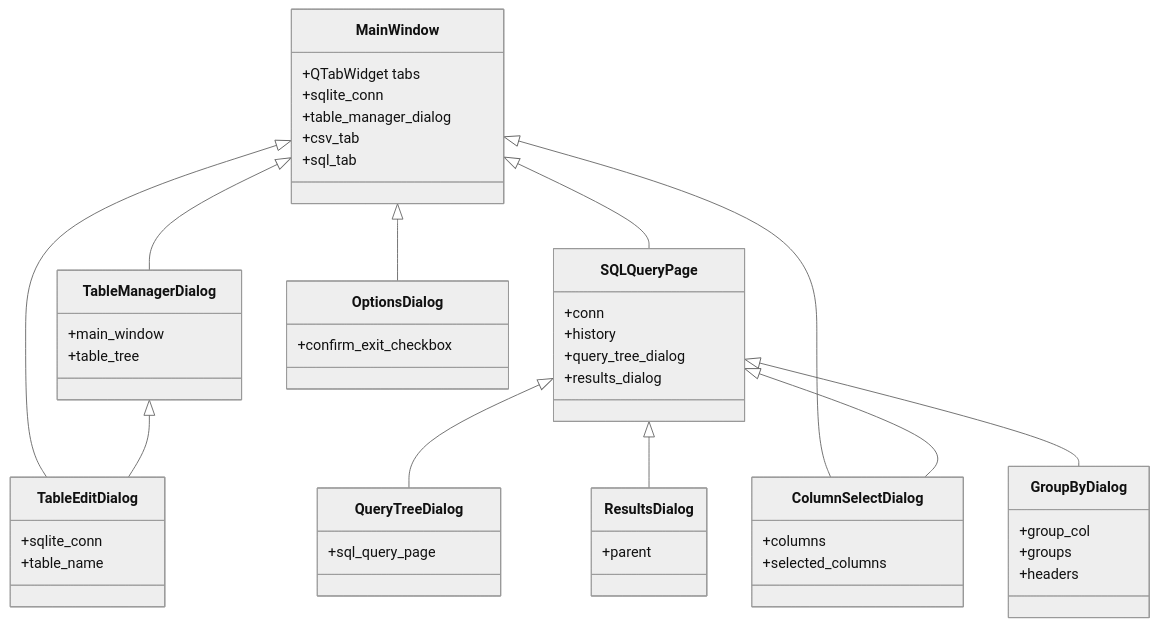
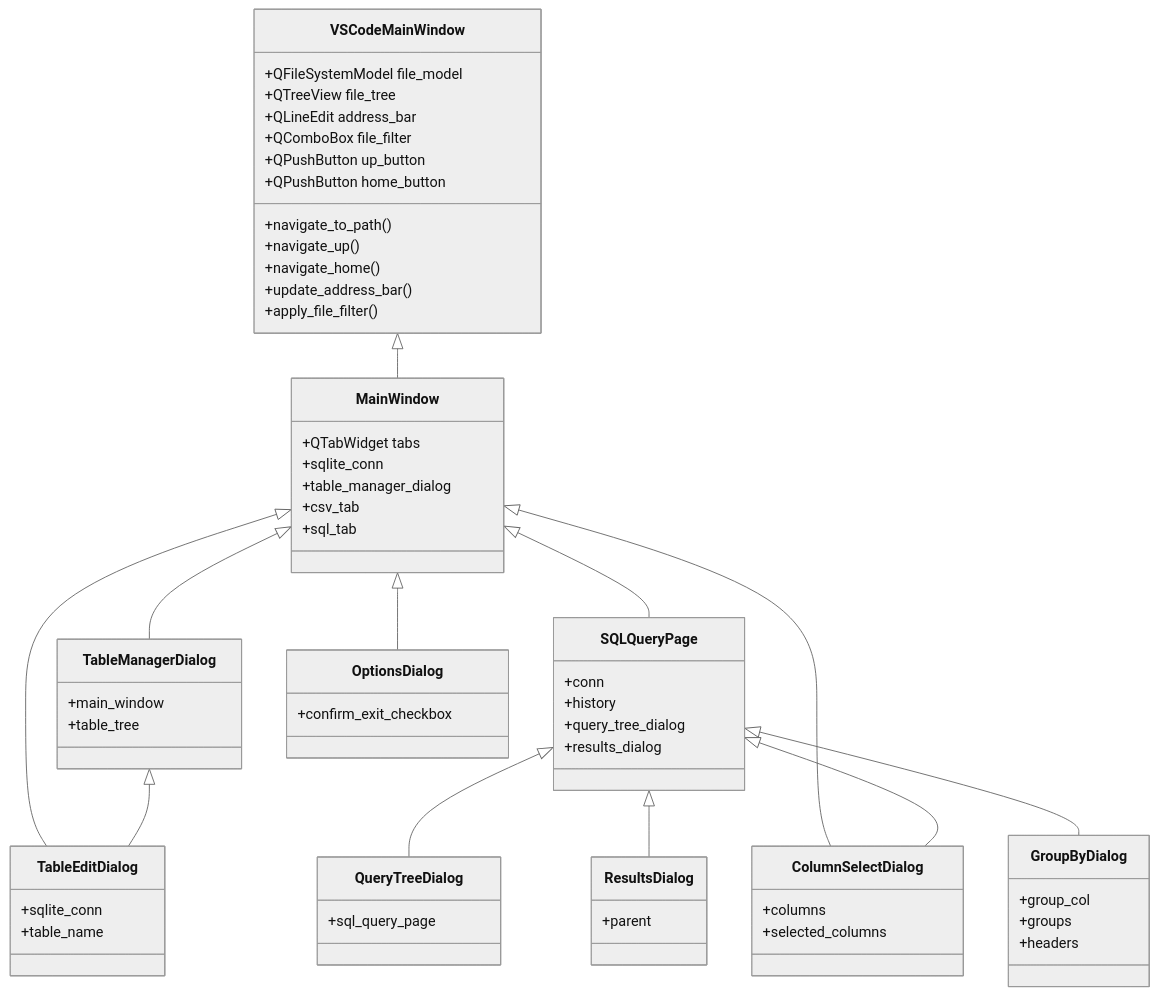
Before and after one commit to Altez50/csvQuery: the diagram in v2/docs/arch.md, drawn with Mermaid (neutral theme). The commit also changed other lines of this file and 59 other files, not shown here.

````diff
--- a/v2/docs/arch.md
+++ b/v2/docs/arch.md
@@ -3,53 +3,67 @@
 ```mermaid
 classDiagram
     MainWindow <|-- TableManagerDialog
     MainWindow <|-- SQLQueryPage
     MainWindow <|-- ColumnSelectDialog
     MainWindow <|-- OptionsDialog
     MainWindow <|-- TableEditDialog
+    VSCodeMainWindow <|-- MainWindow
     SQLQueryPage <|-- QueryTreeDialog
     SQLQueryPage <|-- ResultsDialog
     TableManagerDialog <|-- TableEditDialog
     SQLQueryPage <|-- ColumnSelectDialog
     SQLQueryPage <|-- GroupByDialog
 
+    class VSCodeMainWindow {
+        +QFileSystemModel file_model
+        +QTreeView file_tree
+        +QLineEdit address_bar
+        +QComboBox file_filter
+        +QPushButton up_button
+        +QPushButton home_button
+        +navigate_to_path()
+        +navigate_up()
+        +navigate_home()
+        +update_address_bar()
+        +apply_file_filter()
+    }
     class MainWindow {
         +QTabWidget tabs
         +sqlite_conn
         +table_manager_dialog
         +csv_tab
         +sql_tab
     }
     class TableManagerDialog {
         +main_window
         +table_tree
     }
     class SQLQueryPage {
         +conn
         +history
         +query_tree_dialog
         +results_dialog
     }
     class TableEditDialog {
         +sqlite_conn
         +table_name
     }
     class QueryTreeDialog {
         +sql_query_page
     }
     class ResultsDialog {
         +parent
     }
     class ColumnSelectDialog {
         +columns
         +selected_columns
     }
     class GroupByDialog {
         +group_col
         +groups
         +headers
     }
     class OptionsDialog {
         +confirm_exit_checkbox
     }
 ```
````
